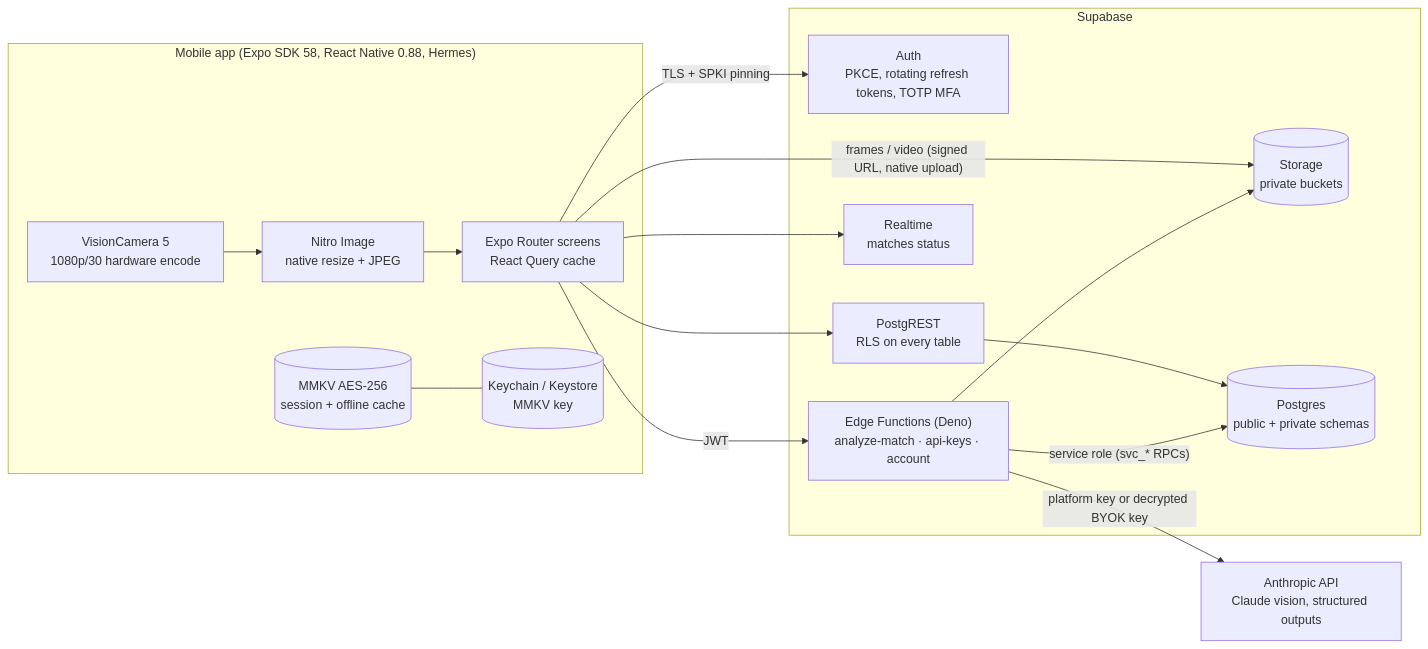
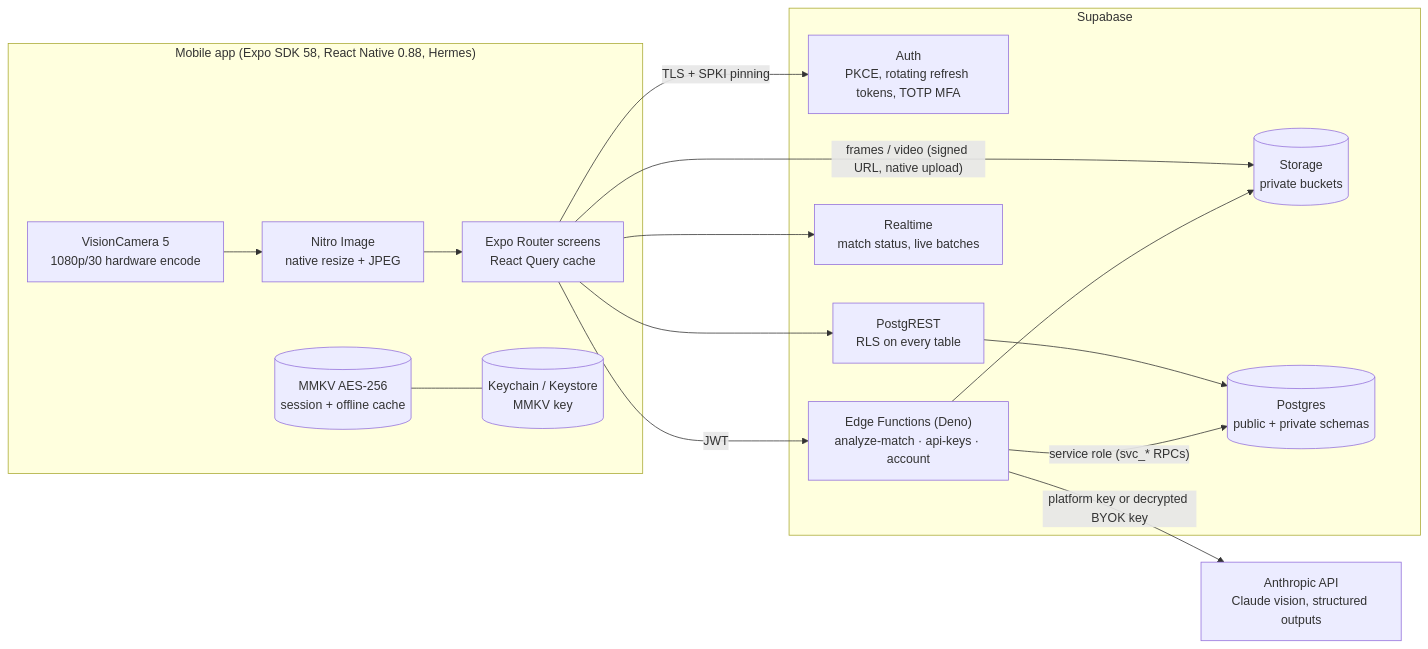
One commit to JawharSas/MatiQ changed the first of 5 diagrams in docs/ARCHITECTURE.md. Above: the diagram before and after it, drawn with Mermaid. The commit also changed other lines of this file and 48 other files, not shown here.

````diff
--- a/docs/ARCHITECTURE.md
+++ b/docs/ARCHITECTURE.md
@@ -5,32 +5,32 @@
 ```mermaid
 flowchart LR
   subgraph Device["Mobile app (Expo SDK 58, React Native 0.88, Hermes)"]
     UI["Expo Router screens<br/>React Query cache"]
     CAM["VisionCamera 5<br/>1080p/30 hardware encode"]
     IMG["Nitro Image<br/>native resize + JPEG"]
     MMKV[("MMKV AES-256<br/>session + offline cache")]
     KS[("Keychain / Keystore<br/>MMKV key")]
   end
 
   subgraph Supabase
     AUTH["Auth<br/>PKCE, rotating refresh tokens, TOTP MFA"]
     API["PostgREST<br/>RLS on every table"]
-    RT["Realtime<br/>matches status"]
+    RT["Realtime<br/>match status, live batches"]
     ST[("Storage<br/>private buckets")]
     EF["Edge Functions (Deno)<br/>analyze-match · api-keys · account"]
     DB[("Postgres<br/>public + private schemas")]
   end
 
   AI["Anthropic API<br/>Claude vision, structured outputs"]
 
   UI -- "TLS + SPKI pinning" --> AUTH
   UI --> API --> DB
   UI --> RT
   CAM --> IMG --> UI
   UI -- "frames / video (signed URL, native upload)" --> ST
   UI -- "JWT" --> EF
   EF -- "service role (svc_* RPCs)" --> DB
   EF --> ST
   EF -- "platform key or decrypted BYOK key" --> AI
   MMKV --- KS
 ```
````
